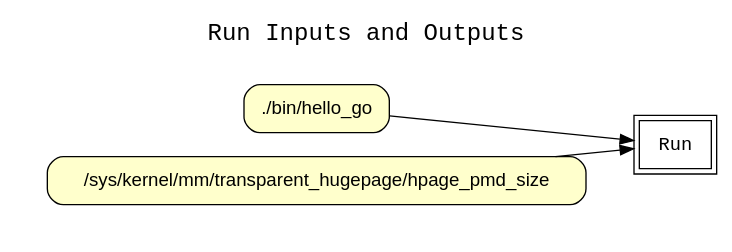
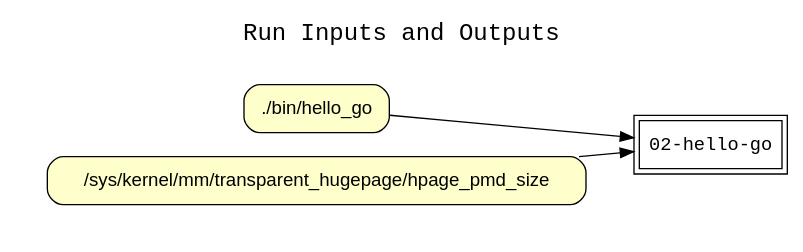
The diagram in examples/02-hello-go/graphs/wt_run_inputs_outputs.dot (CIRSS/cpr), drawn with Graphviz before and after one commit. The commit also changed 24 other files, not shown here.

Commit message:
Now capturing run name and rendering in run graph

```diff
--- a/examples/02-hello-go/graphs/wt_run_inputs_outputs.dot
+++ b/examples/02-hello-go/graphs/wt_run_inputs_outputs.dot
@@ -1,20 +1,20 @@
 
 digraph wt_run {
 rankdir=LR
 fontname=Courier; fontsize=18; labelloc=t
 label="Run Inputs and Outputs"
 node[shape=box style="filled" fillcolor="#FFFFFF" peripheries=2 fontname=Courier]
-"Run"
+"02-hello-go"
 subgraph cluster_inputs { label=""; color=white; penwidth=0
 subgraph cluster_inputs_inner { label=""; color=white
 node[shape=box style="rounded,filled" fillcolor="#FFFFCC" peripheries=1 fontname=Helvetica]
 "input:./bin/hello_go" [label="./bin/hello_go"]
 "input:/sys/kernel/mm/transparent_hugepage/hpage_pmd_size" [label="/sys/kernel/mm/transparent_hugepage/hpage_pmd_size"]
 }}
 subgraph cluster_outputs { label=""; color=white; penwidth=0
 subgraph cluster_outputs_inner { label=""; color=white
 node[shape=box style="rounded,filled" fillcolor="#FFFFCC" peripheries=1 fontname=Helvetica]
 }}
-"input:./bin/hello_go" -> "Run"
-"input:/sys/kernel/mm/transparent_hugepage/hpage_pmd_size" -> "Run"
+"input:./bin/hello_go" -> "02-hello-go"
+"input:/sys/kernel/mm/transparent_hugepage/hpage_pmd_size" -> "02-hello-go"
 }
```
